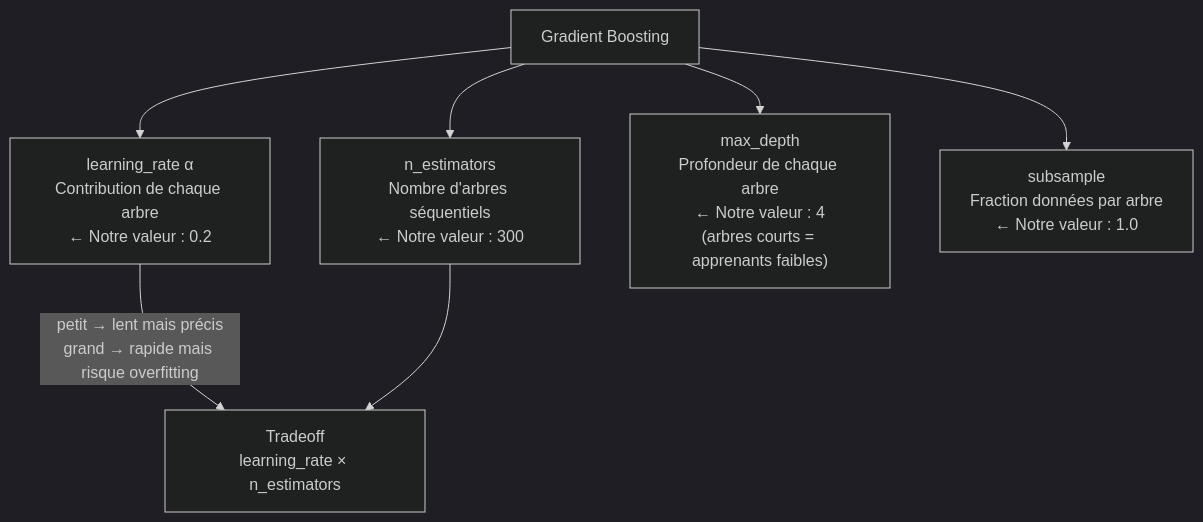
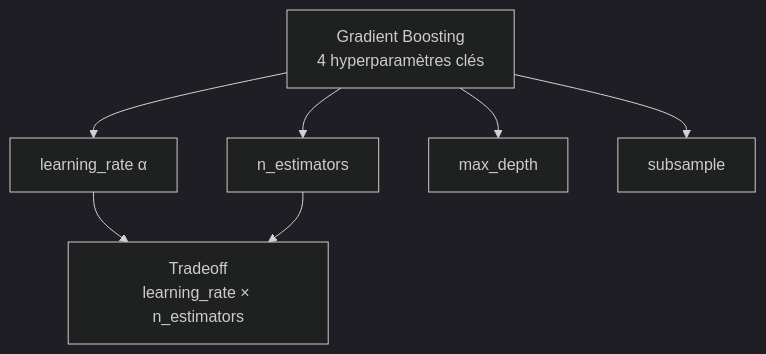
The third of 5 diagrams in docs/fiches/08_cart_rf_gb.md (arnvudl/Concrete_Compressive_Strength), drawn with Mermaid (dark theme) before and after one commit. The commit also changed other lines of this file and 10 other files, not shown here.

````diff
--- a/docs/fiches/08_cart_rf_gb.md
+++ b/docs/fiches/08_cart_rf_gb.md
@@ -143,10 +162,9 @@
 ```mermaid
 graph TD
-    GB["Gradient Boosting"] --> LR["learning_rate α\nContribution de chaque arbre\n← Notre valeur : 0.2"]
-    GB --> NE["n_estimators\nNombre d'arbres séquentiels\n← Notre valeur : 300"]
-    GB --> MD["max_depth\nProfondeur de chaque arbre\n← Notre valeur : 4\n(arbres courts = apprenants faibles)"]
-    GB --> SS["subsample\nFraction données par arbre\n← Notre valeur : 1.0"]
-    
-    LR --> |"petit → lent mais précis\ngrand → rapide mais risque overfitting"| TRADE["Tradeoff\nlearning_rate × n_estimators"]
+    GB["Gradient Boosting<br/>4 hyperparamètres clés"] --> LR["learning_rate α"]
+    GB --> NE["n_estimators"]
+    GB --> MD["max_depth"]
+    GB --> SS["subsample"]
+    LR --> TRADE["Tradeoff<br/>learning_rate × n_estimators"]
     NE --> TRADE
 ```
````
